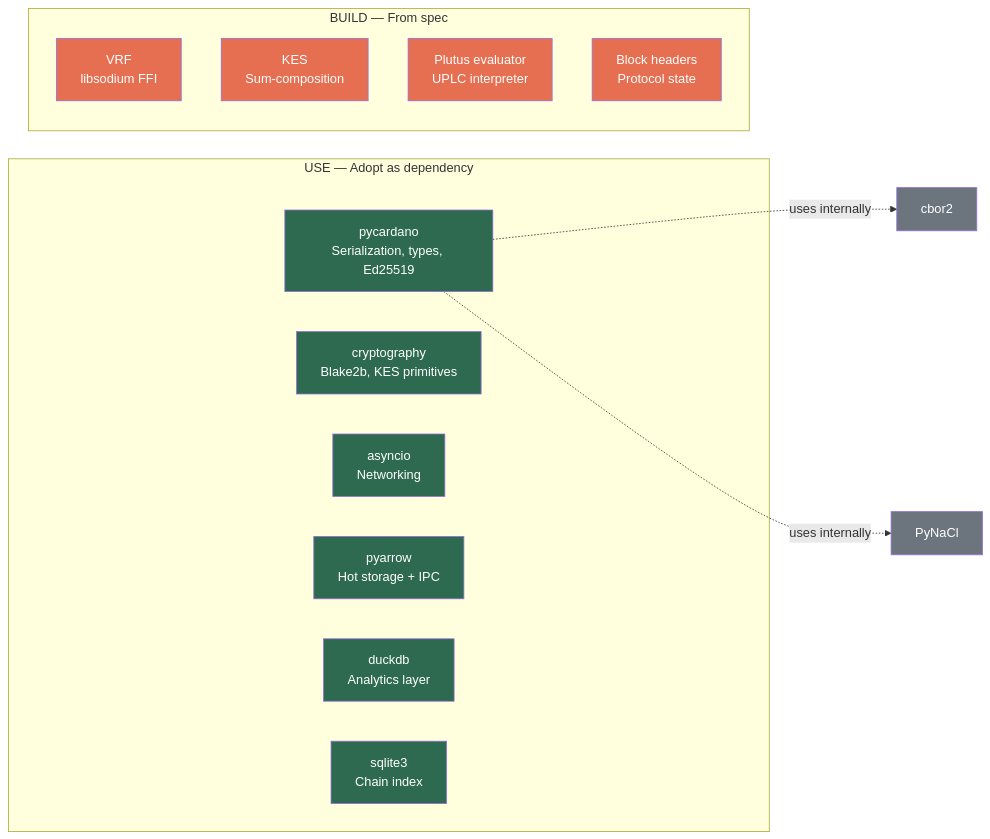
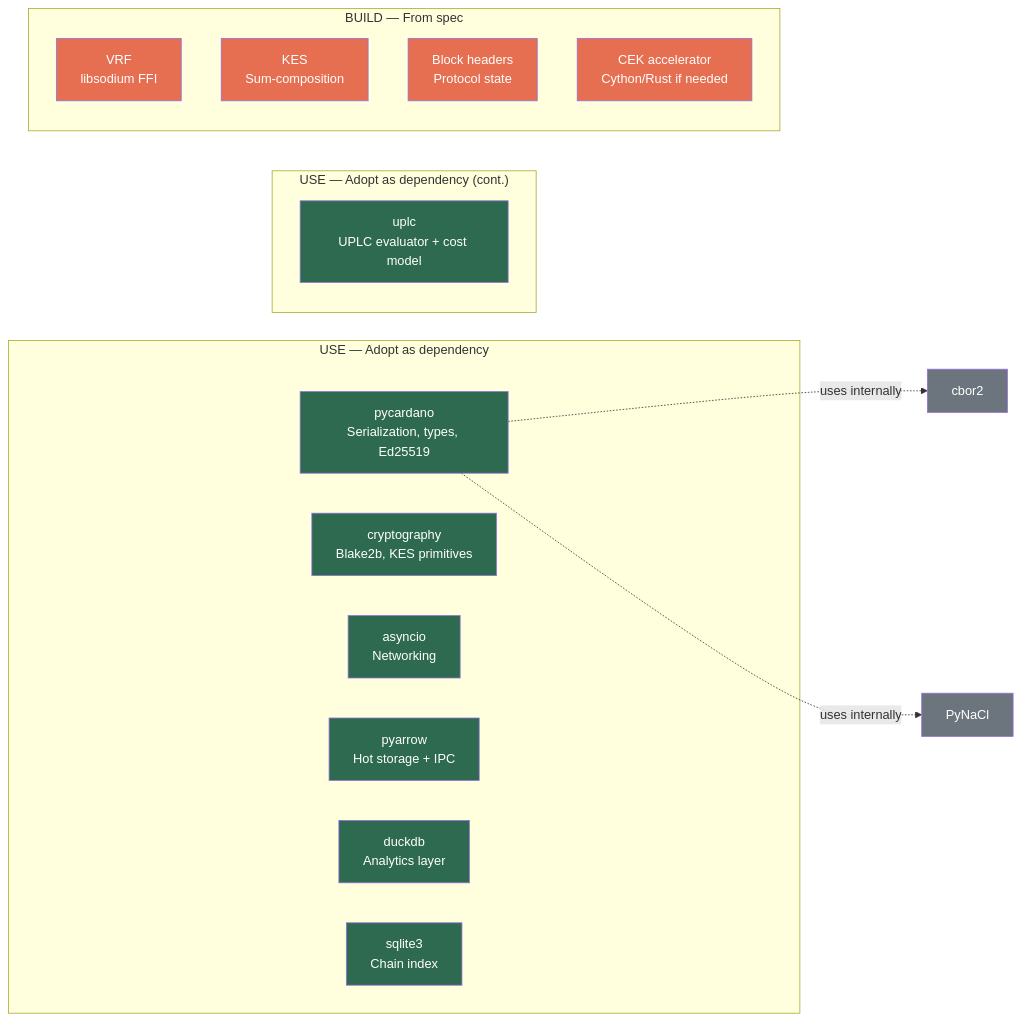
The diagram in docs/reference/library-audit.md (SteelSwap/vibe-node), drawn with Mermaid before and after one commit. The commit also changed other lines of this file, not shown here.

First line of the commit message:
docs(m1.6): promote uplc from BUILD to USE for Plutus evaluation

````diff
--- a/docs/reference/library-audit.md
+++ b/docs/reference/library-audit.md
@@ -361,34 +397,39 @@
 ```mermaid
 graph LR
     subgraph "USE — Adopt as dependency"
         PYCARDANO["pycardano<br/>Serialization, types, Ed25519"]
         CRYPTO["cryptography<br/>Blake2b, KES primitives"]
         ASYNCIO["asyncio<br/>Networking"]
         PYARROW["pyarrow<br/>Hot storage + IPC"]
         DUCKDB["duckdb<br/>Analytics layer"]
         SQLITE["sqlite3<br/>Chain index"]
     end
 
+    subgraph "USE — Adopt as dependency (cont.)"
+        UPLC["uplc<br/>UPLC evaluator + cost model"]
+    end
+
     subgraph "BUILD — From spec"
         VRF["VRF<br/>libsodium FFI"]
         KES["KES<br/>Sum-composition"]
-        PLUTUS["Plutus evaluator<br/>UPLC interpreter"]
         BLOCKS["Block headers<br/>Protocol state"]
+        CEKACCEL["CEK accelerator<br/>Cython/Rust if needed"]
     end
 
     PYCARDANO -.-> |"uses internally"| CBOR2["cbor2"]
     PYCARDANO -.-> |"uses internally"| PYNACL["PyNaCl"]
 
     style PYCARDANO fill:#2d6a4f,color:#fff
     style CRYPTO fill:#2d6a4f,color:#fff
     style ASYNCIO fill:#2d6a4f,color:#fff
     style PYARROW fill:#2d6a4f,color:#fff
     style DUCKDB fill:#2d6a4f,color:#fff
     style SQLITE fill:#2d6a4f,color:#fff
     style CBOR2 fill:#6c757d,color:#fff
     style PYNACL fill:#6c757d,color:#fff
+    style UPLC fill:#2d6a4f,color:#fff
     style VRF fill:#e76f51,color:#fff
     style KES fill:#e76f51,color:#fff
-    style PLUTUS fill:#e76f51,color:#fff
     style BLOCKS fill:#e76f51,color:#fff
+    style CEKACCEL fill:#e76f51,color:#fff
 ```
````
